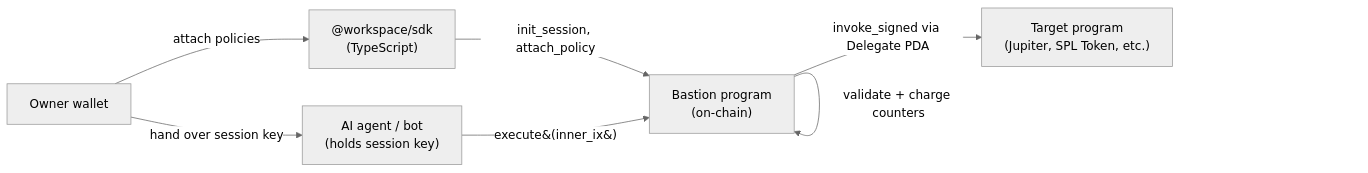
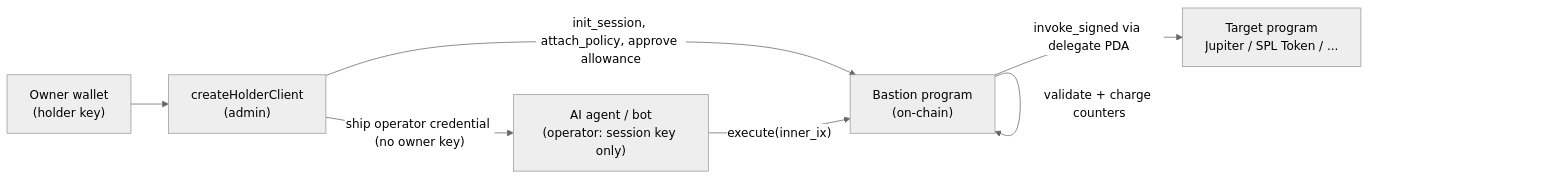
One commit to rit3sh-x/bastion changed the first of 2 diagrams in README.md. Above: the diagram before and after it, drawn with Mermaid (neutral theme). The commit also changed other lines of this file and 65 other files, not shown here.

````diff
--- a/README.md
+++ b/README.md
@@ -11,15 +11,15 @@
 ```mermaid
 flowchart LR
-    Owner["Owner wallet"]
-    SDK["@workspace/sdk<br/>(TypeScript)"]
+    Owner["Owner wallet<br/>(holder key)"]
+    Holder["createHolderClient<br/>(admin)"]
     Program["Bastion program<br/>(on-chain)"]
-    Agent["AI agent / bot<br/>(holds session key)"]
-    Target["Target program<br/>(Jupiter, SPL Token, etc.)"]
+    Agent["AI agent / bot<br/>(operator: session key only)"]
+    Target["Target program<br/>Jupiter / SPL Token / ..."]
 
-    Owner -->|attach policies| SDK
-    SDK -->|init_session, attach_policy| Program
-    Owner -->|hand over session key| Agent
-    Agent -->|execute&#40;inner_ix&#41;| Program
-    Program -->|validate + charge counters| Program
-    Program -->|invoke_signed via Delegate PDA| Target
+    Owner --> Holder
+    Holder -->|"init_session, attach_policy, approve allowance"| Program
+    Holder -->|"ship operator credential (no owner key)"| Agent
+    Agent -->|"execute(inner_ix)"| Program
+    Program -->|"validate + charge counters"| Program
+    Program -->|"invoke_signed via delegate PDA"| Target
 ```
````
